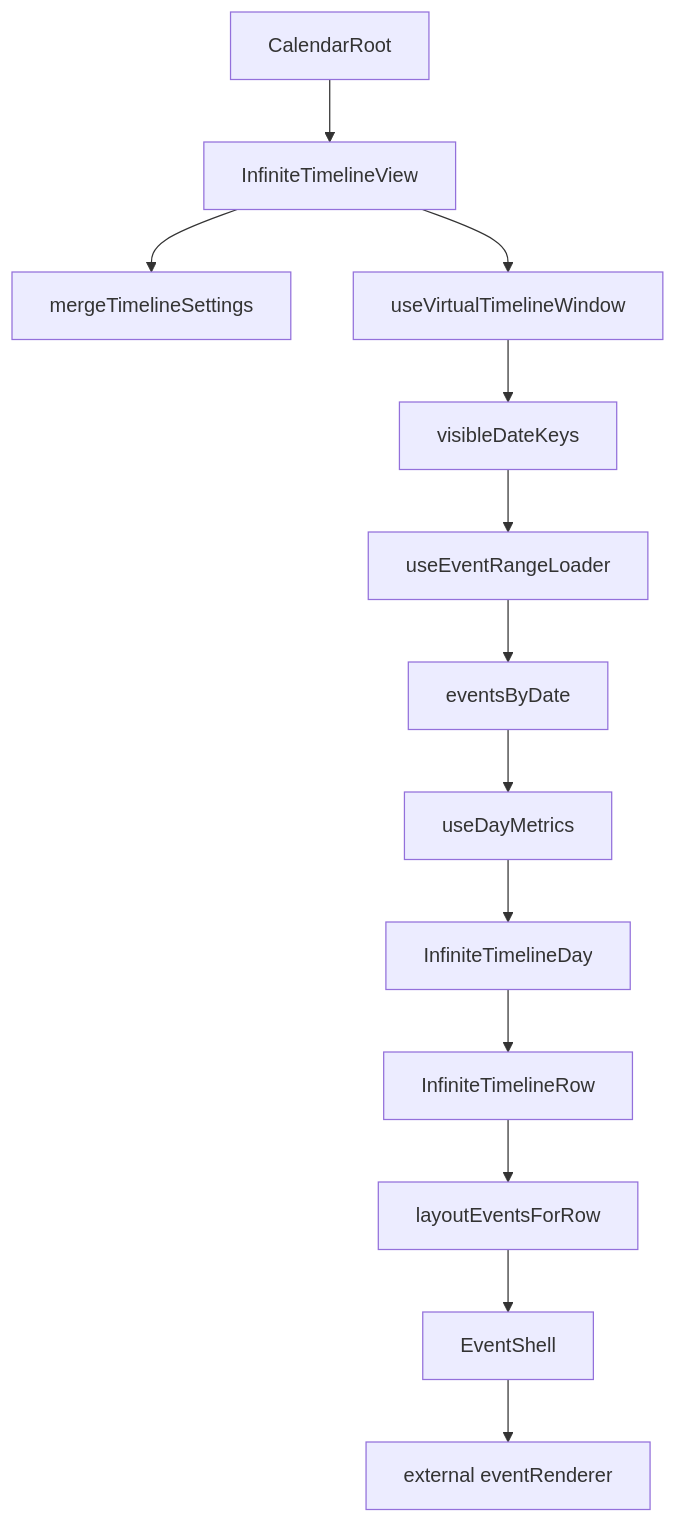
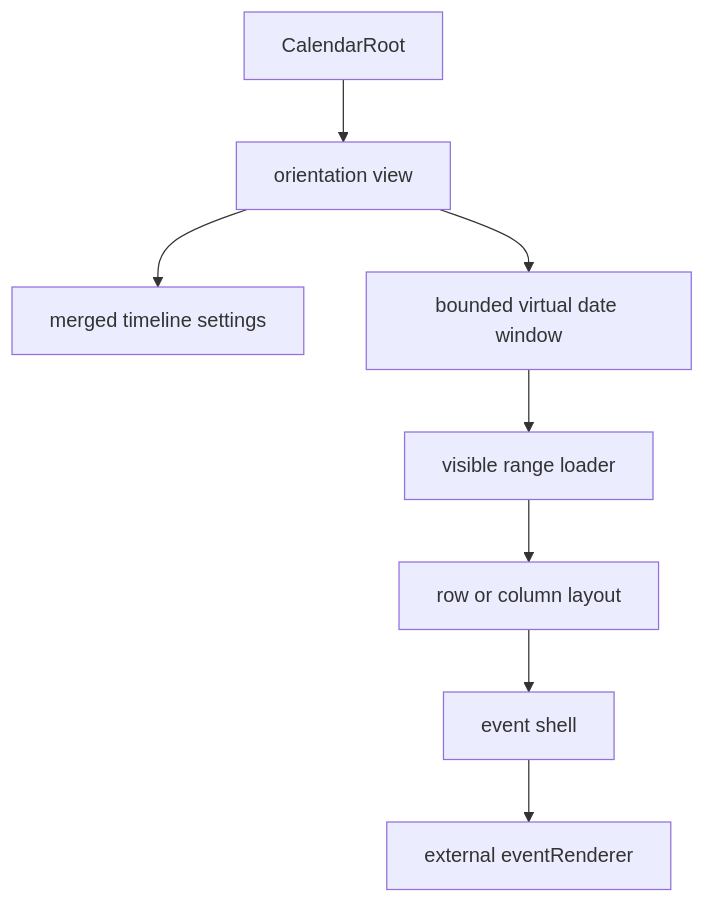
One commit to junomedical/quno-calendar changed the diagram in docs/architecture.md. Above: the diagram before and after it, drawn with Mermaid. The commit also changed other lines of this file and 96 other files, not shown here.

````diff
--- a/docs/architecture.md
+++ b/docs/architecture.md
@@ -74,15 +20,10 @@
 ```mermaid
 flowchart TD
-  Root["CalendarRoot"] --> View["InfiniteTimelineView"]
-  View --> Settings["mergeTimelineSettings"]
-  View --> Virtual["useVirtualTimelineWindow"]
-  Virtual --> VisibleDates["visibleDateKeys"]
-  VisibleDates --> Loader["useEventRangeLoader"]
-  Loader --> EventsByDate["eventsByDate"]
-  EventsByDate --> Metrics["useDayMetrics"]
-  Metrics --> Day["InfiniteTimelineDay"]
-  Day --> Row["InfiniteTimelineRow"]
-  Row --> Layout["layoutEventsForRow"]
-  Layout --> Shell["EventShell"]
+  Root["CalendarRoot"] --> View["orientation view"]
+  View --> Settings["merged timeline settings"]
+  View --> VirtualWindow["bounded virtual date window"]
+  VirtualWindow --> Loader["visible range loader"]
+  Loader --> Layout["row or column layout"]
+  Layout --> Shell["event shell"]
   Shell --> Renderer["external eventRenderer"]
 ```
````
